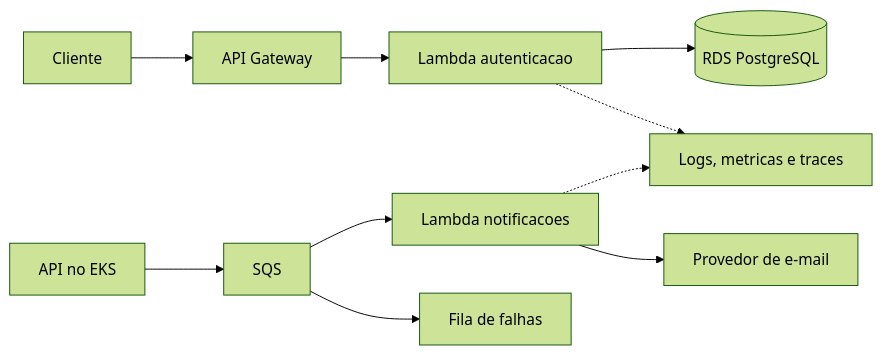
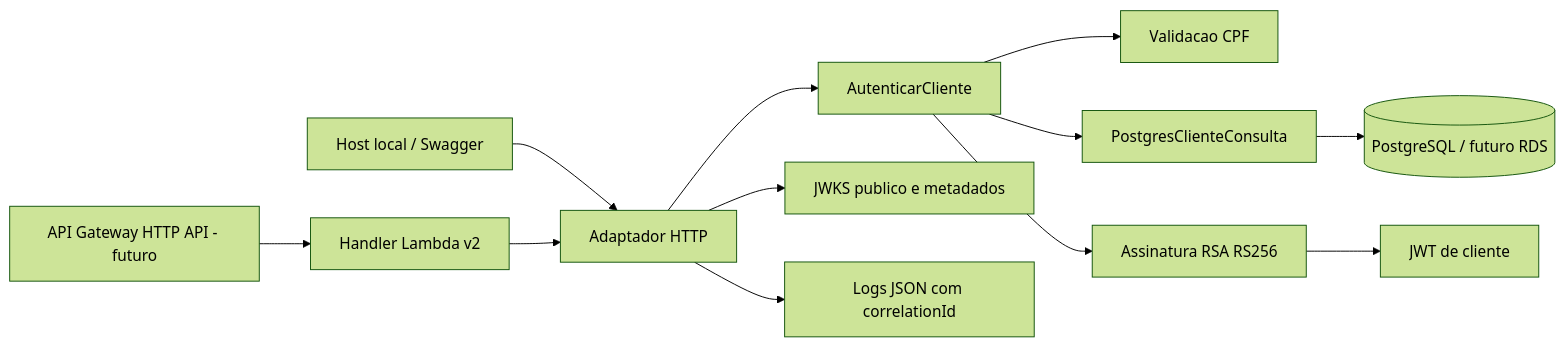
Before and after one commit to Venomouus/Oficina-serverless: the diagram in README.md, drawn with Mermaid (forest theme). The commit also changed other lines of this file and 22 other files, not shown here.

Commit message:
feature: implementar autenticacao CPF com PostgreSQL e JWT

````diff
--- a/README.md
+++ b/README.md
@@ -62,12 +42,14 @@
 ```mermaid
 flowchart LR
-    User[Cliente] --> Gateway[API Gateway]
-    Gateway --> Auth[Lambda autenticacao]
-    Auth --> DB[(RDS PostgreSQL)]
-    API[API no EKS] --> Queue[SQS]
-    Queue --> Notify[Lambda notificacoes]
-    Queue --> DLQ[Fila de falhas]
-    Notify --> Email[Provedor de e-mail]
-    Auth -.-> Observability[Logs, metricas e traces]
-    Notify -.-> Observability
+    Local[Host local / Swagger] --> HTTP[Adaptador HTTP]
+    Gateway[API Gateway HTTP API - futuro] --> Lambda[Handler Lambda v2]
+    Lambda --> HTTP
+    HTTP --> Auth[AutenticarCliente]
+    Auth --> CPF[Validacao CPF]
+    Auth --> Consulta[PostgresClienteConsulta]
+    Consulta --> DB[(PostgreSQL / futuro RDS)]
+    Auth --> RSA[Assinatura RSA RS256]
+    RSA --> JWT[JWT de cliente]
+    HTTP --> JWKS[JWKS publico e metadados]
+    HTTP --> Logs[Logs JSON com correlationId]
 ```
````
